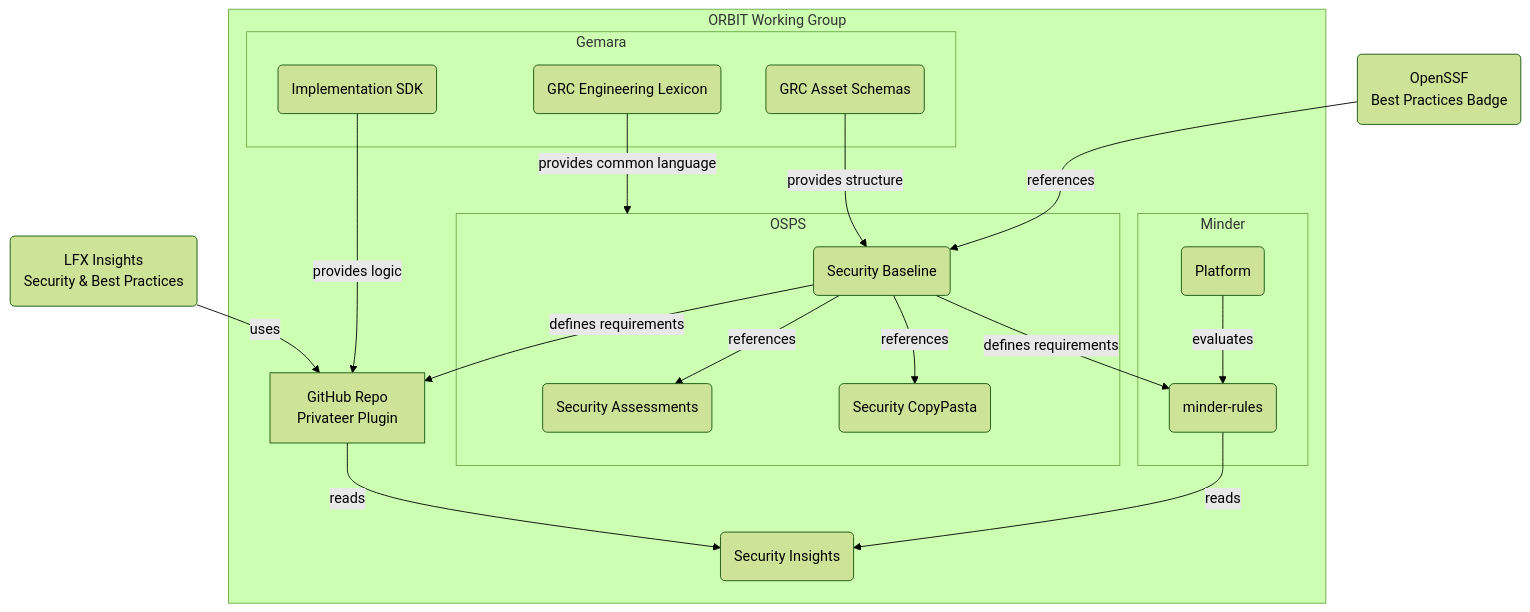
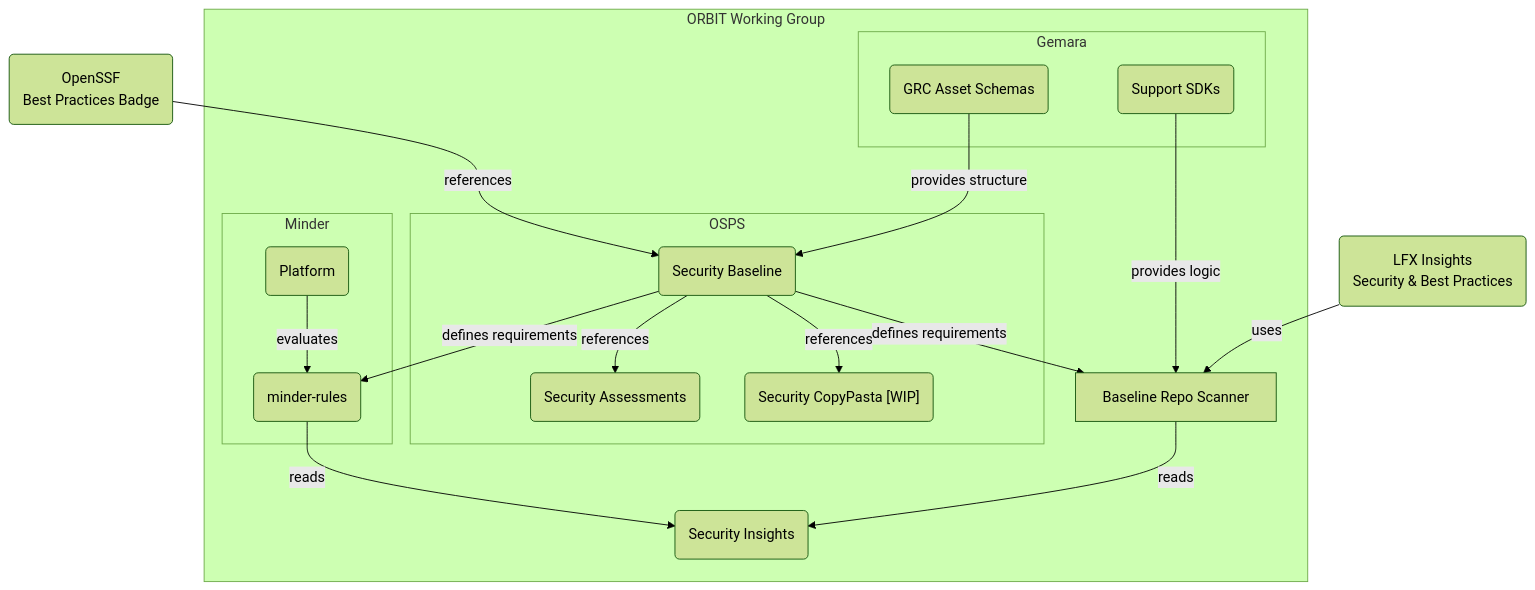
One commit to ossf/wg-orbit changed the diagram in README.md. Above: the diagram before and after it, drawn with Mermaid (forest theme).

Commit message:
Update README for clarity and accuracy (#36)

````diff
--- a/README.md
+++ b/README.md
@@ -28,56 +28,53 @@
 ```mermaid
 flowchart TD
 
     BPB(OpenSSF
     Best Practices Badge)
     LFXInsights(LFX Insights
     Security & Best Practices)
 
     subgraph ORBIT Working Group
 
         subgraph OSPS
             Assessments(Security Assessments)
-            CopyPasta(Security CopyPasta)
+            CopyPasta("Security CopyPasta [WIP]")
             Baseline(Security Baseline)
         end
 
         subgraph Gemara
-            GemaraSDK(Implementation SDK)
-            GemaraLexicon(GRC Engineering Lexicon)
+            GemaraSDK(Support SDKs)
             GemaraSchemas(GRC Asset Schemas)
         end
 
         SecurityInsights(Security Insights)
         subgraph Minder
         MinderPlatform(Platform)
         minder-rules(minder-rules)
         end
 
-        pvtr[GitHub Repo
-        Privateer Plugin]
+        pvtr[ Baseline Repo Scanner]
         click pvtr "https://github.com/revanite-io/pvtr-github-repo?tab=readme-ov-file#readme"
 
     end
 
     BPB -->| references | Baseline
     Baseline --> | references | Assessments & CopyPasta
     MinderPlatform -->|evaluates| minder-rules
     minder-rules -->|reads| SecurityInsights
     GemaraSchemas -->| provides structure| Baseline
     pvtr -->|reads | SecurityInsights
     GemaraSDK -->|provides logic |pvtr
     LFXInsights -->|uses |pvtr
     Baseline -->| defines requirements | pvtr & minder-rules
-    GemaraLexicon -->| provides common language | OSPS
 
     click LFXInsights "https://insights.linuxfoundation.org/"
     click Assessments "https://github.com/ossf/security-assessments?tab=readme-ov-file#readme"
     click Baseline "https://baseline.openssf.org"
     click BPB "https://openssf.org/projects/best-practices-badge/"
     click GemaraSDK "https://gemara.openssf.org/implementation/#go-sdk"
     click GemaraSchemas "https://gemara.openssf.org/implementation/#layer-schemas"
     click GemaraLexicon "https://gemara.openssf.org/lexicon/"
     click SecurityInsights "https://github.com/ossf/security-insights?tab=readme-ov-file#readme"
     click MinderPlatform "https://github.com/mindersec/minder?tab=readme-ov-file#readme"
     click minder-rules "https://github.com/mindersec/minder-rules-and-profiles?tab=readme-ov-file#readme"
 ```
````
